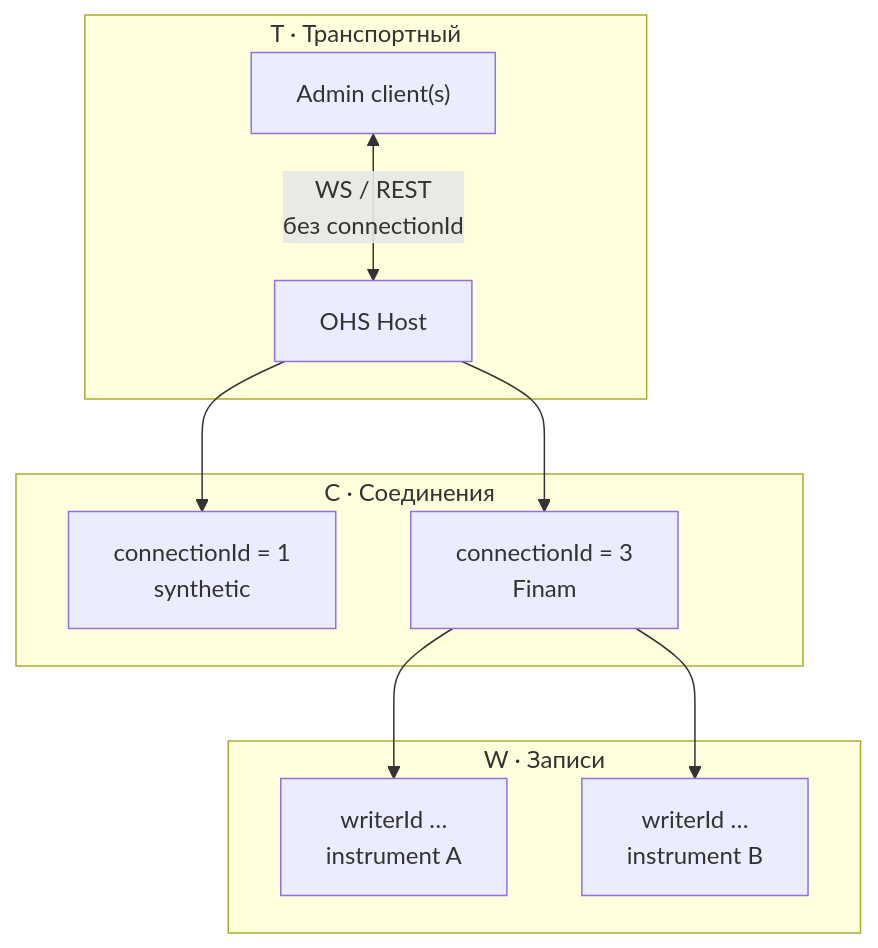
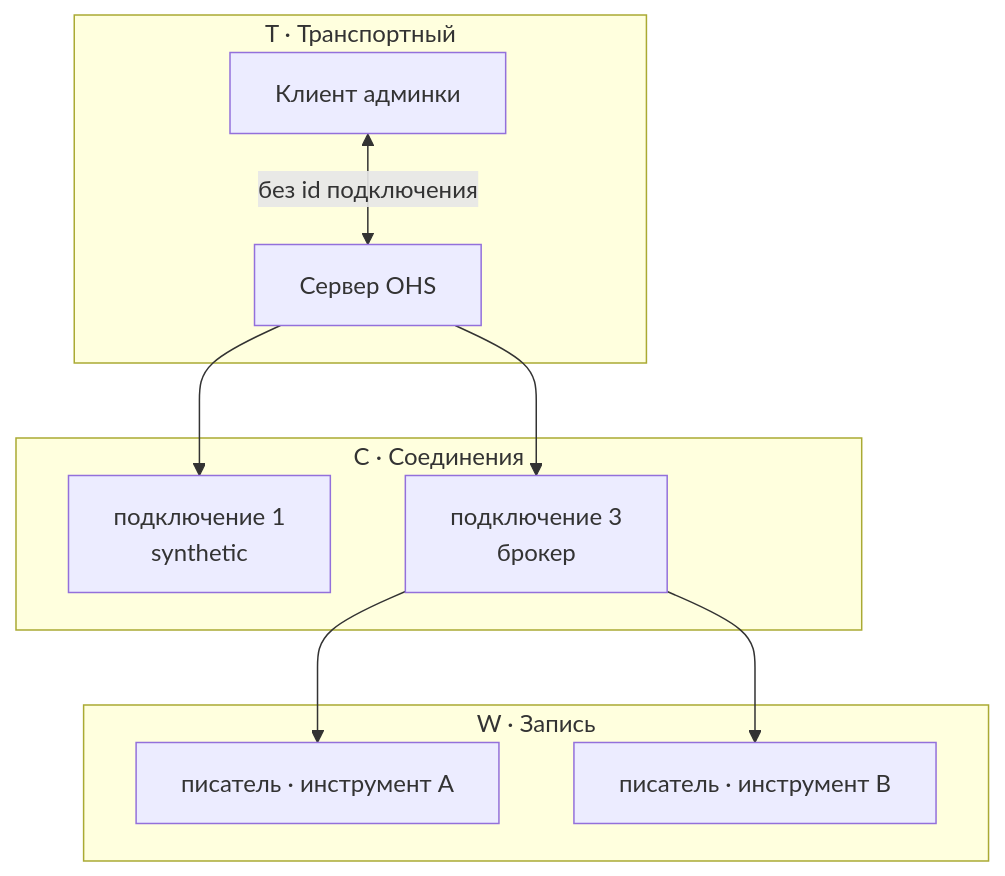
Before and after one commit to vbobroff-app/scinverse: the first of 2 diagrams in docs/wiki-readme/layers.md, drawn with Mermaid. The commit also changed other lines of this file and 42 other files, not shown here.

First line of the commit message:
docs: close Stage 1 roadmap and rehome OHS journal to phase 8

````diff
--- a/docs/wiki-readme/layers.md
+++ b/docs/wiki-readme/layers.md
@@ -43,22 +41,22 @@
 ```mermaid
 flowchart TB
   subgraph T["T · Транспортный"]
-    Admin["Admin client(s)"]
-    Host["OHS Host"]
-    Admin <-->|"WS / REST<br/>без connectionId"| Host
+    Admin["Клиент админки"]
+    Host["Сервер OHS"]
+    Admin <-->|"без id подключения"| Host
   end
 
   subgraph C["C · Соединения"]
-    Conn1["connectionId = 1<br/>synthetic"]
-    Conn3["connectionId = 3<br/>Finam"]
+    Conn1["подключение 1<br/>synthetic"]
+    Conn3["подключение 3<br/>брокер"]
     Host --> Conn1
     Host --> Conn3
   end
 
-  subgraph W["W · Записи"]
-    W1["writerId …<br/>instrument A"]
-    W2["writerId …<br/>instrument B"]
+  subgraph W["W · Запись"]
+    W1["писатель · инструмент A"]
+    W2["писатель · инструмент B"]
     Conn3 --> W1
     Conn3 --> W2
   end
 ```
````
